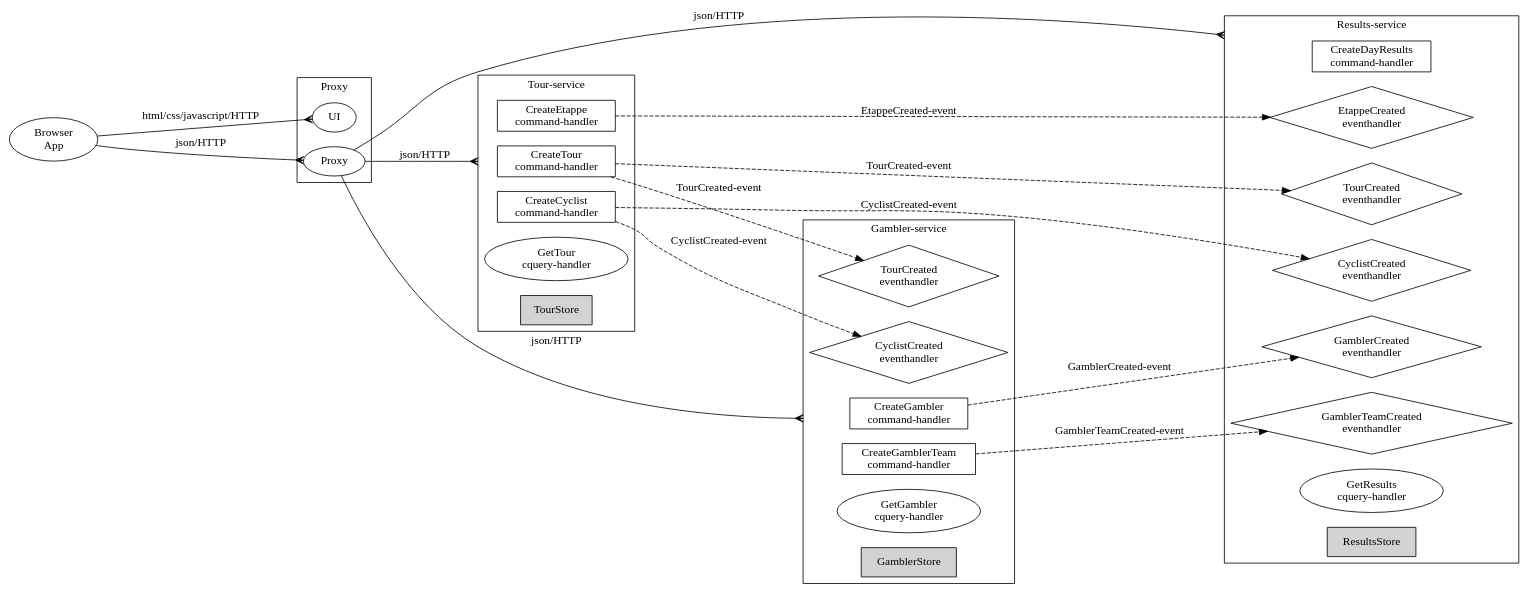
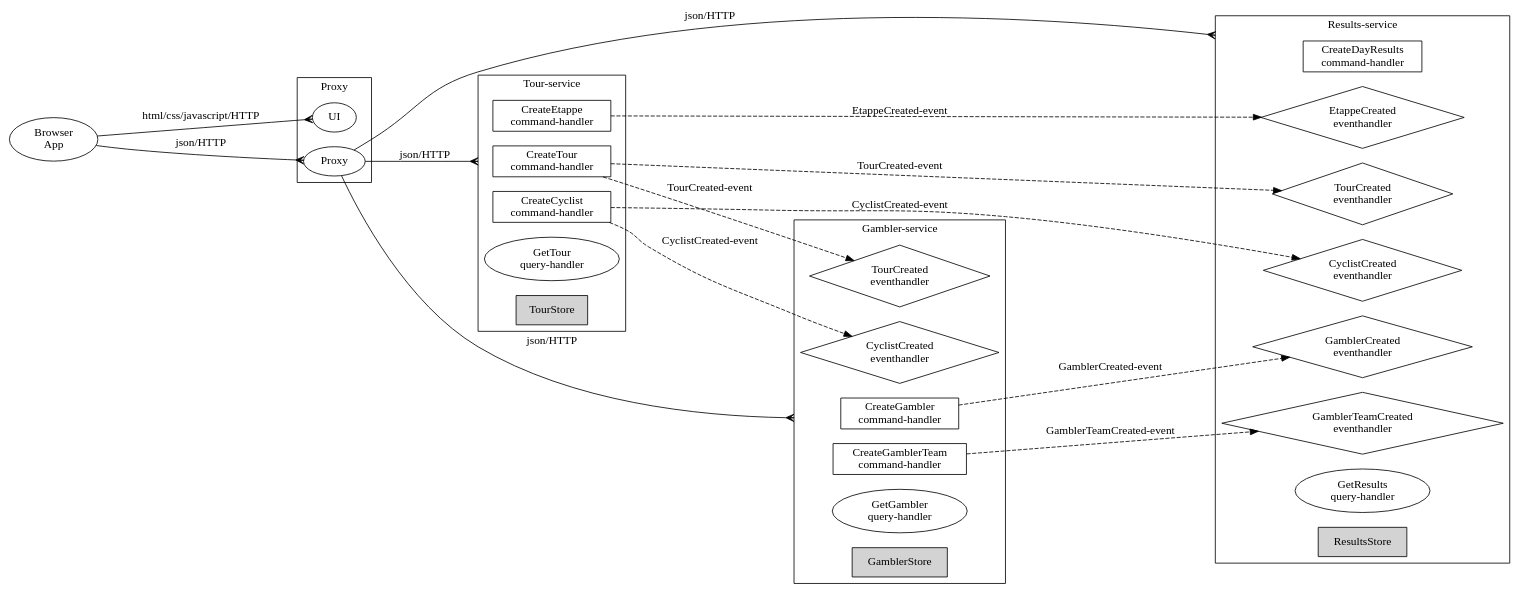
Before and after one commit to MarcGrol/microgen: the diagram in tourApp/doc/graphviz.dot, drawn with Graphviz. The commit also changed 12 other files, not shown here.

Commit message:
Finalized graphviz stuff

```diff
--- a/tourApp/doc/graphviz.dot
+++ b/tourApp/doc/graphviz.dot
@@ -1,113 +1,113 @@
 // Generated automatically by microgen: do not edit manually
 
 digraph G {
     graph [compound=true, rankdir=LR, ranksep="1.0"];
 
 	subgraph clusterproxy {
         label="Proxy";
         "UI";
         "Proxy";
     }
 
 // services
 
 	subgraph clustertour {
 		
 		label="Tour-service";
 		// events
 		
 		
 			 
 				"TourCreateTour"  [label="CreateTour\ncommand-handler", shape=box];
 			
 		
 			 
 				"TourCreateCyclist"  [label="CreateCyclist\ncommand-handler", shape=box];
 			
 		
 			 
 				"TourCreateEtappe"  [label="CreateEtappe\ncommand-handler", shape=box];
 			
 		
 			
-			    "TourGetTour"  [label="GetTour\ncquery-handler"];
+			    "TourGetTour"  [label="GetTour\nquery-handler"];
 			
 		
 		TourStore [shape=box, style=filled];
 	}
 
 	subgraph clustergambler {
 		
 		label="Gambler-service";
 		// events
 		
-			"GamblerTourCreatedEventHandler" [label="TourCreated\neventhandler", shape=diamond];
+			"GamblerTourCreated" [label="TourCreated\neventhandler", shape=diamond];
 		
-			"GamblerCyclistCreatedEventHandler" [label="CyclistCreated\neventhandler", shape=diamond];
+			"GamblerCyclistCreated" [label="CyclistCreated\neventhandler", shape=diamond];
 		
 		
 			 
 				"GamblerCreateGambler"  [label="CreateGambler\ncommand-handler", shape=box];
 			
 		
 			 
 				"GamblerCreateGamblerTeam"  [label="CreateGamblerTeam\ncommand-handler", shape=box];
 			
 		
 			
-			    "GamblerGetGambler"  [label="GetGambler\ncquery-handler"];
+			    "GamblerGetGambler"  [label="GetGambler\nquery-handler"];
 			
 		
 		GamblerStore [shape=box, style=filled];
 	}
 
 	subgraph clusterresults {
 		
 		label="Results-service";
 		// events
 		
-			"ResultsTourCreatedEventHandler" [label="TourCreated\neventhandler", shape=diamond];
+			"ResultsGamblerCreated" [label="GamblerCreated\neventhandler", shape=diamond];
 		
-			"ResultsEtappeCreatedEventHandler" [label="EtappeCreated\neventhandler", shape=diamond];
+			"ResultsGamblerTeamCreated" [label="GamblerTeamCreated\neventhandler", shape=diamond];
 		
-			"ResultsCyclistCreatedEventHandler" [label="CyclistCreated\neventhandler", shape=diamond];
+			"ResultsTourCreated" [label="TourCreated\neventhandler", shape=diamond];
 		
-			"ResultsGamblerCreatedEventHandler" [label="GamblerCreated\neventhandler", shape=diamond];
+			"ResultsEtappeCreated" [label="EtappeCreated\neventhandler", shape=diamond];
 		
-			"ResultsGamblerTeamCreatedEventHandler" [label="GamblerTeamCreated\neventhandler", shape=diamond];
+			"ResultsCyclistCreated" [label="CyclistCreated\neventhandler", shape=diamond];
 		
 		
 			 
 				"ResultsCreateDayResults"  [label="CreateDayResults\ncommand-handler", shape=box];
 			
 		
 			
-			    "ResultsGetResults"  [label="GetResults\ncquery-handler"];
+			    "ResultsGetResults"  [label="GetResults\nquery-handler"];
 			
 		
 		ResultsStore [shape=box, style=filled];
 	}
 
 
 	// edges
 	"Browser\nApp" -> "UI" [label="html/css/javascript/HTTP",arrowhead=crow];
 	"Browser\nApp" -> "Proxy" [label="json/HTTP",arrowhead=crow];
 	
 
 	"Proxy" -> "TourCreateTour" [label="json/HTTP", lhead=clustertour, arrowhead=crow];
 
 	"Proxy" -> "GamblerCreateGambler" [label="json/HTTP", lhead=clustergambler, arrowhead=crow];
 
 	"Proxy" -> "ResultsCreateDayResults" [label="json/HTTP", lhead=clusterresults, arrowhead=crow];
 
 
-	TourCreateTour -> GamblerTourCreatedEventHandler [label="TourCreated-event", style=dashed]
-	TourCreateTour -> ResultsTourCreatedEventHandler [label="TourCreated-event", style=dashed]
-	TourCreateCyclist -> GamblerCyclistCreatedEventHandler [label="CyclistCreated-event", style=dashed]
-	TourCreateCyclist -> ResultsCyclistCreatedEventHandler [label="CyclistCreated-event", style=dashed]
-	TourCreateEtappe -> ResultsEtappeCreatedEventHandler [label="EtappeCreated-event", style=dashed]
-	GamblerCreateGambler -> ResultsGamblerCreatedEventHandler [label="GamblerCreated-event", style=dashed]
-	GamblerCreateGamblerTeam -> ResultsGamblerTeamCreatedEventHandler [label="GamblerTeamCreated-event", style=dashed]
+	"TourCreateTour" -> "GamblerTourCreated" [label="TourCreated-event", style=dashed]
+	"TourCreateTour" -> "ResultsTourCreated" [label="TourCreated-event", style=dashed]
+	"TourCreateCyclist" -> "GamblerCyclistCreated" [label="CyclistCreated-event", style=dashed]
+	"TourCreateCyclist" -> "ResultsCyclistCreated" [label="CyclistCreated-event", style=dashed]
+	"TourCreateEtappe" -> "ResultsEtappeCreated" [label="EtappeCreated-event", style=dashed]
+	"GamblerCreateGambler" -> "ResultsGamblerCreated" [label="GamblerCreated-event", style=dashed]
+	"GamblerCreateGamblerTeam" -> "ResultsGamblerTeamCreated" [label="GamblerTeamCreated-event", style=dashed]
 
 
 }
```
